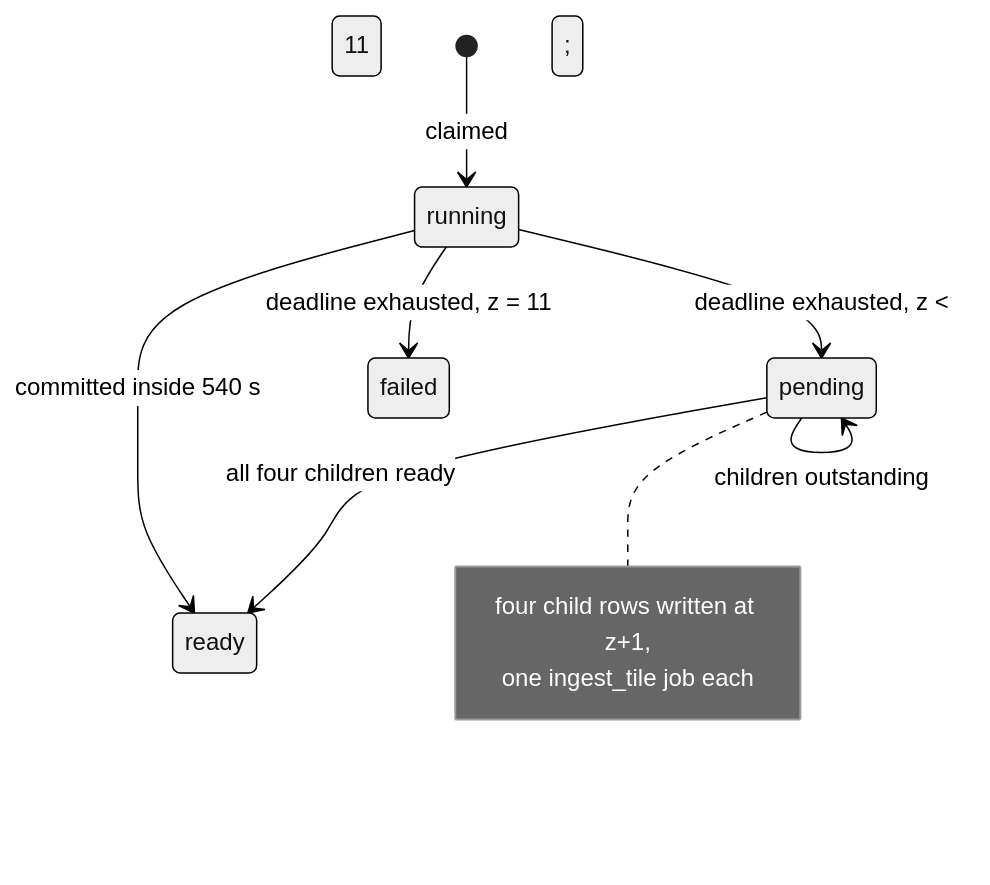
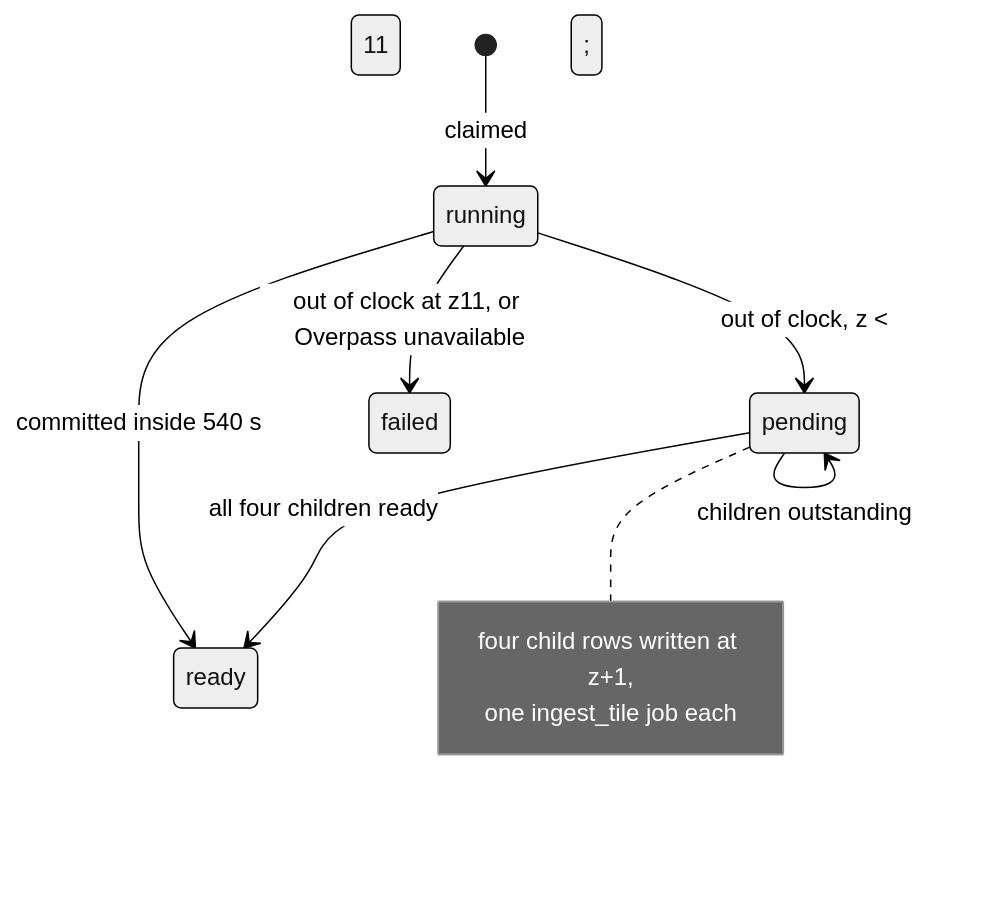
Before and after one commit to mbahgatTech/switchback: the fourth of 11 diagrams in docs/architecture.md, drawn with Mermaid (neutral theme). The commit also changed other lines of this file, not shown here.

Commit message:
Draw the second way a tile runs out of clock into the subdivision diagram

````diff
--- a/docs/architecture.md
+++ b/docs/architecture.md
@@ -332,13 +332,13 @@
 ```mermaid
 stateDiagram-v2
   [*] --> running: claimed
   running --> ready: committed inside 540 s
-  running --> pending: deadline exhausted, z &lt; 11
-  running --> failed: deadline exhausted, z = 11
+  running --> pending: out of clock, z &lt; 11
+  running --> failed: out of clock at z11, or Overpass unavailable
   pending --> pending: children outstanding
   pending --> ready: all four children ready
   note right of pending
     four child rows written at z+1,
     one ingest_tile job each
   end note
 ```
````
